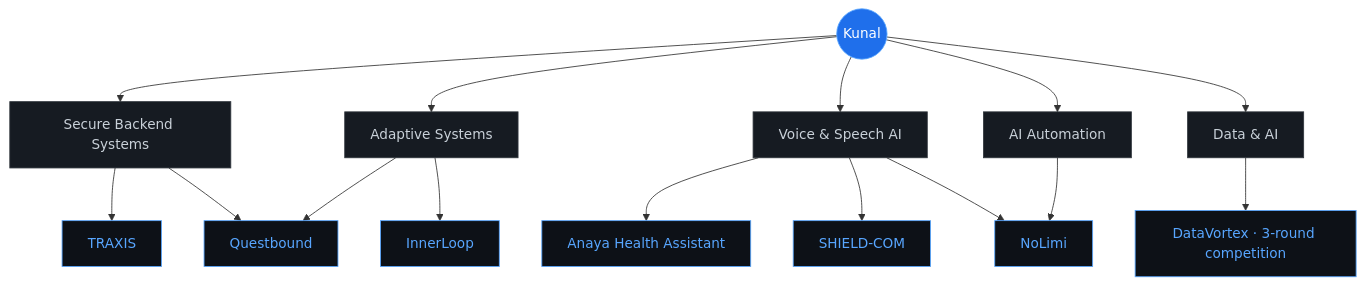
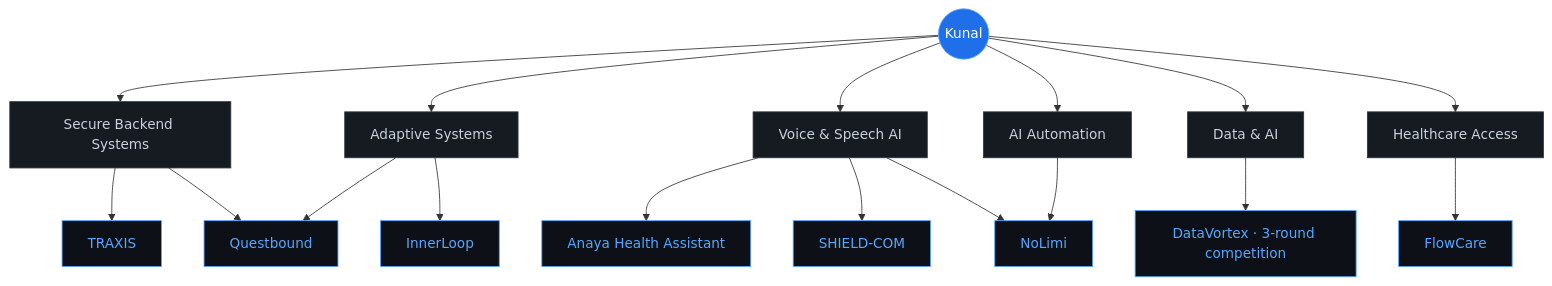
One commit to kunalchwdry/kunalchwdry changed the second of 13 diagrams in README.md. Above: the diagram before and after it, drawn with Mermaid. The commit also changed other lines of this file, not shown here.

Commit message:
Feature FlowCare on profile homepage

````diff
--- a/README.md
+++ b/README.md
@@ -134,27 +135,29 @@
 ```mermaid
 flowchart TB
     ME(("Kunal"))
 
     ME --> SEC["Secure Backend Systems"]
     ME --> ADP["Adaptive Systems"]
     ME --> VOICE["Voice & Speech AI"]
     ME --> AUTO["AI Automation"]
     ME --> DATA["Data & AI"]
+    ME --> HEALTH["Healthcare Access"]
 
     SEC --> TRAXIS["TRAXIS"]
     SEC --> QB["Questbound"]
+    HEALTH --> FC["FlowCare"]
     ADP --> QB
     ADP --> IL["InnerLoop"]
     VOICE --> ANAYA["Anaya Health Assistant"]
     VOICE --> SC["SHIELD-COM"]
     VOICE --> NL["NoLimi"]
     AUTO --> NL
     DATA --> DV["DataVortex · 3-round competition"]
 
     classDef me fill:#1f6feb,stroke:#58a6ff,color:#ffffff;
     classDef theme fill:#161b22,stroke:#30363d,color:#c9d1d9;
     classDef proj fill:#0d1117,stroke:#58a6ff,color:#58a6ff;
     class ME me;
-    class SEC,ADP,VOICE,AUTO,DATA theme;
-    class TRAXIS,QB,IL,ANAYA,SC,NL,DV proj;
+    class SEC,ADP,VOICE,AUTO,DATA,HEALTH theme;
+    class TRAXIS,QB,IL,ANAYA,SC,NL,DV,FC proj;
 ```
````
